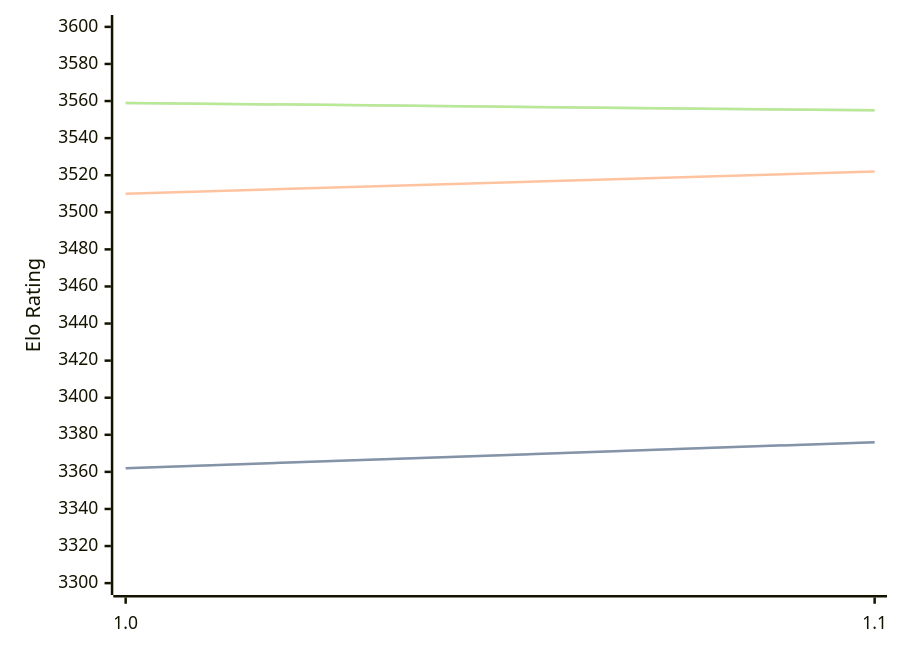
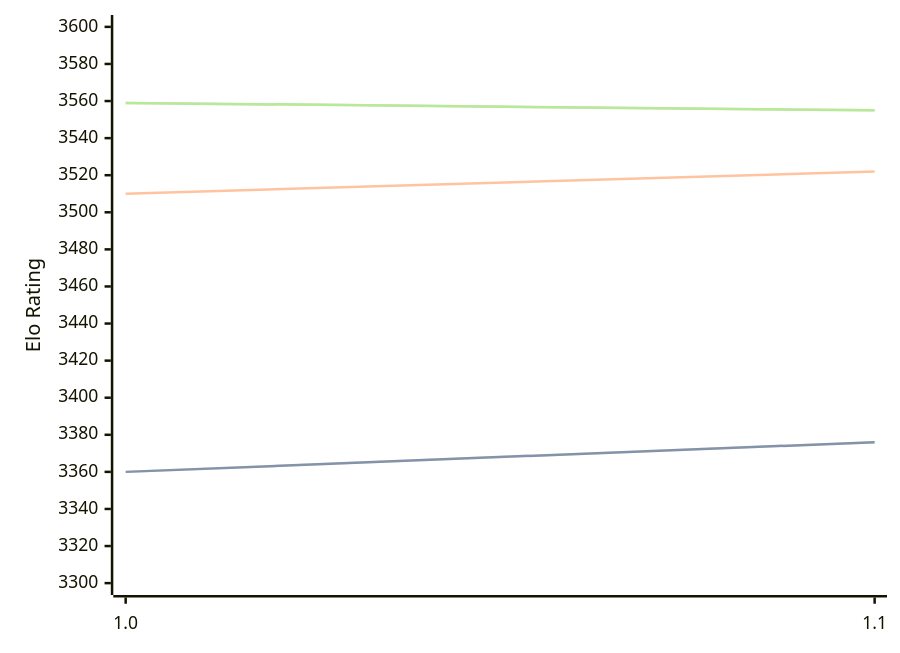
Before and after one commit to computer-chess-index/cci: the diagram in engines/Horsie.md, drawn with Mermaid. The commit also changed other lines of this file, not shown here.

````diff
--- a/engines/Horsie.md
+++ b/engines/Horsie.md
@@ -30,11 +32,11 @@
 ```mermaid
 %%{init: {"theme":"base","themeVariables":{"seriesColors:['#a3a3a3','#222221','#faa371']}}}%%
 xychart-beta
   x-axis ["1.0", "1.1"]
   y-axis "Elo Rating" 3300 --> 3600
-  line "STC (8.0+0.08s)" [3362, 3376]
-  line "STC (8.0+0.08s)" [3362, 3376]
+  line "STC (8.0+0.08s)" [3360, 3376]
+  line "STC (8.0+0.08s)" [3360, 3376]
   line "LTC (60.0+0.60s)" [3510, 3522]
   line "VLTC (2m24s+1.12s)" [3559, 3555]
   line "VLTC (2m24s+1.12s)" [3559, 3555]
 ```
````
